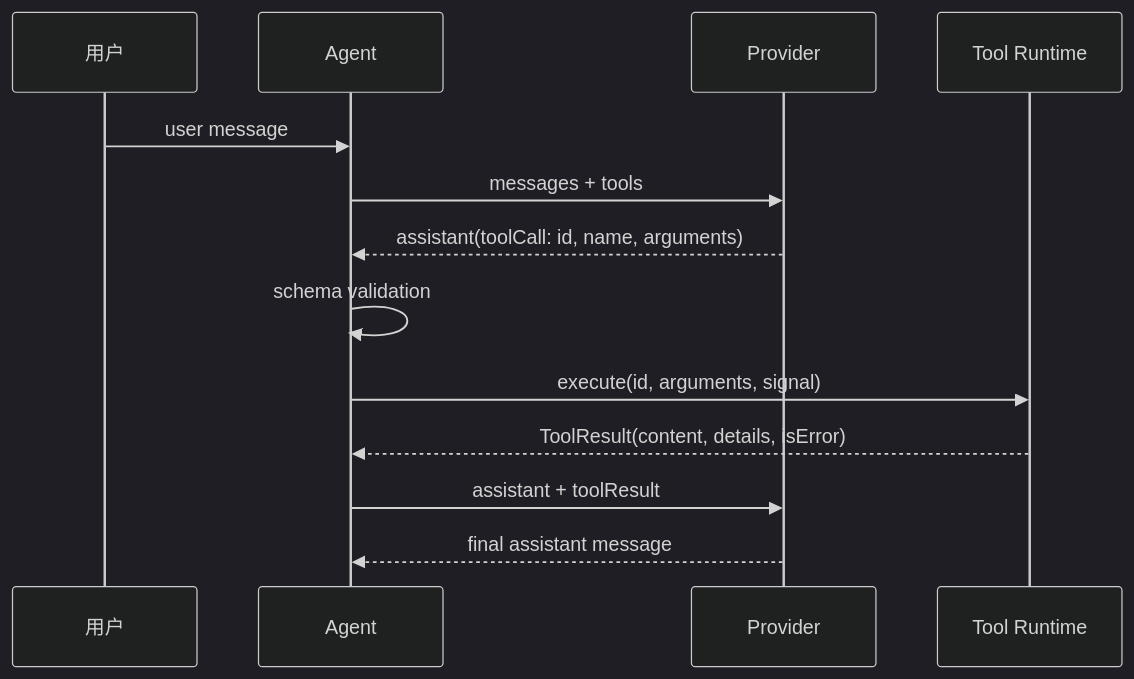
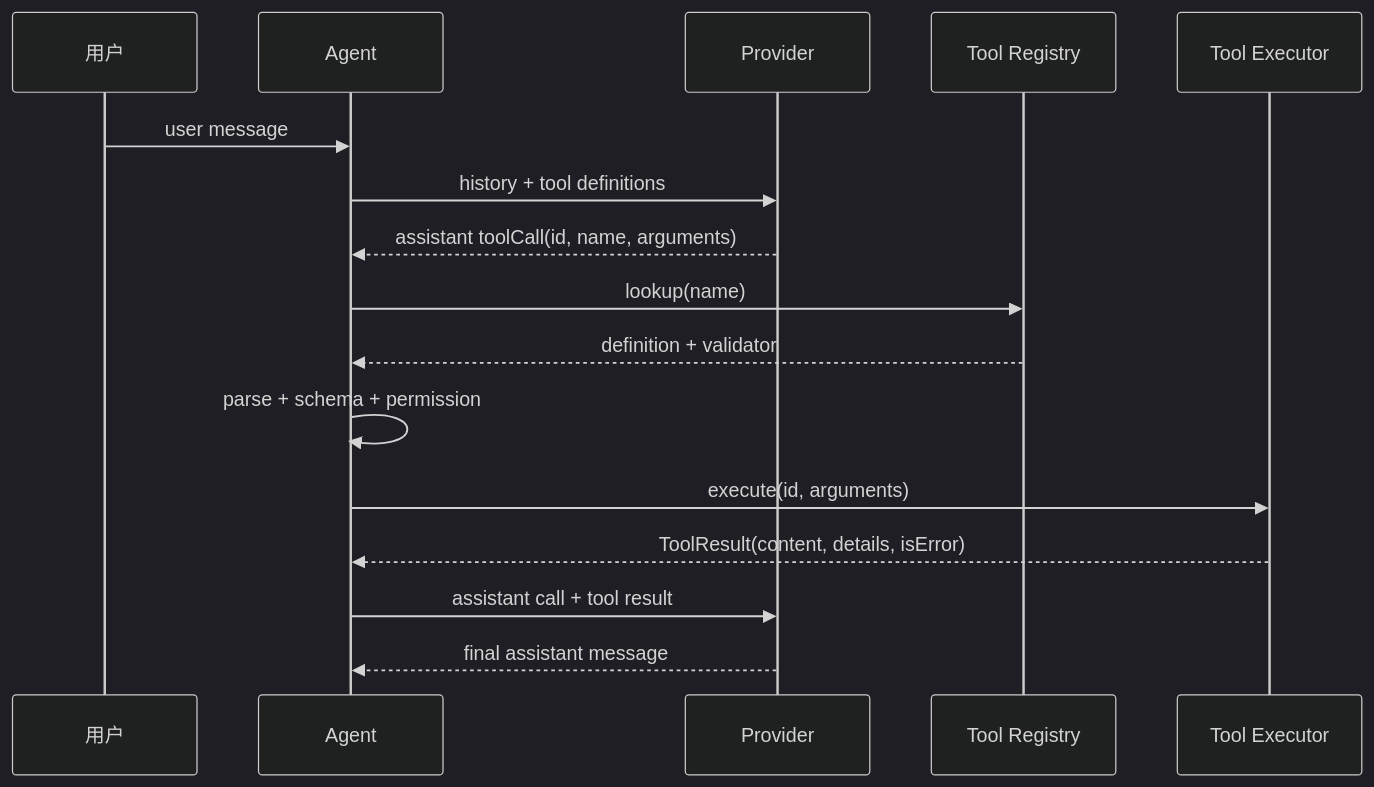
The diagram in ai-agent-learning/01-foundations/api-messages.mdx (coolerks/pi-lean), drawn with Mermaid (dark theme) before and after one commit. The commit also changed other lines of this file and 135 other files, not shown here.

````diff
--- a/ai-agent-learning/01-foundations/api-messages.mdx
+++ b/ai-agent-learning/01-foundations/api-messages.mdx
@@ -26,15 +63,18 @@
 ```mermaid
 sequenceDiagram
     participant U as 用户
     participant A as Agent
     participant P as Provider
-    participant T as Tool Runtime
+    participant R as Tool Registry
+    participant X as Tool Executor
     U->>A: user message
-    A->>P: messages + tools
-    P-->>A: assistant(toolCall: id, name, arguments)
-    A->>A: schema validation
-    A->>T: execute(id, arguments, signal)
-    T-->>A: ToolResult(content, details, isError)
-    A->>P: assistant + toolResult
+    A->>P: history + tool definitions
+    P-->>A: assistant toolCall(id, name, arguments)
+    A->>R: lookup(name)
+    R-->>A: definition + validator
+    A->>A: parse + schema + permission
+    A->>X: execute(id, arguments)
+    X-->>A: ToolResult(content, details, isError)
+    A->>P: assistant call + tool result
     P-->>A: final assistant message
 ```
````
